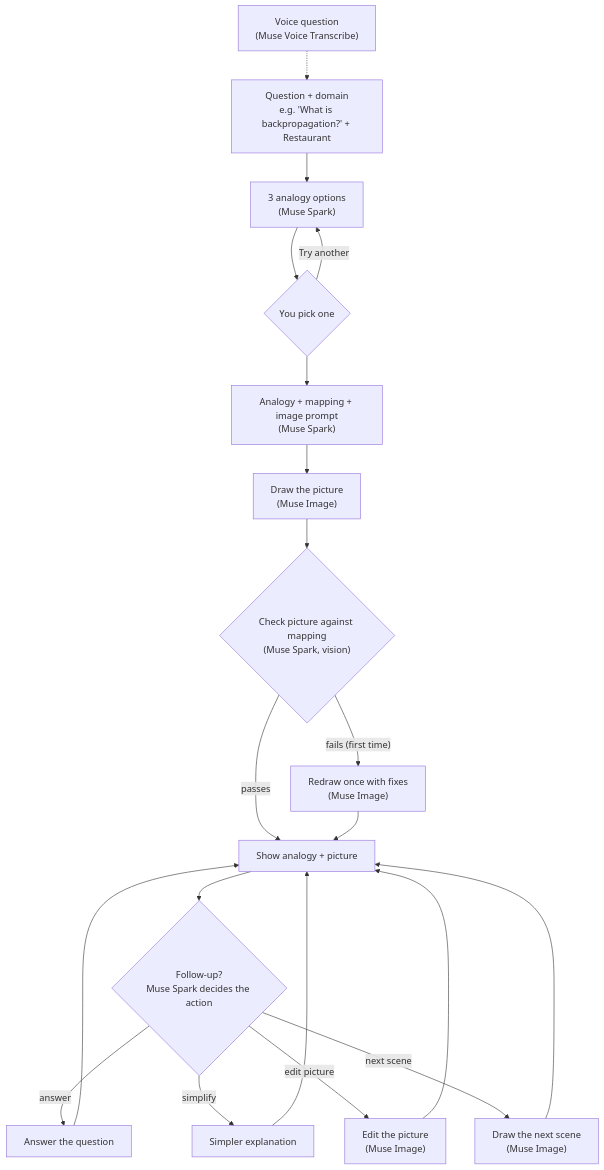
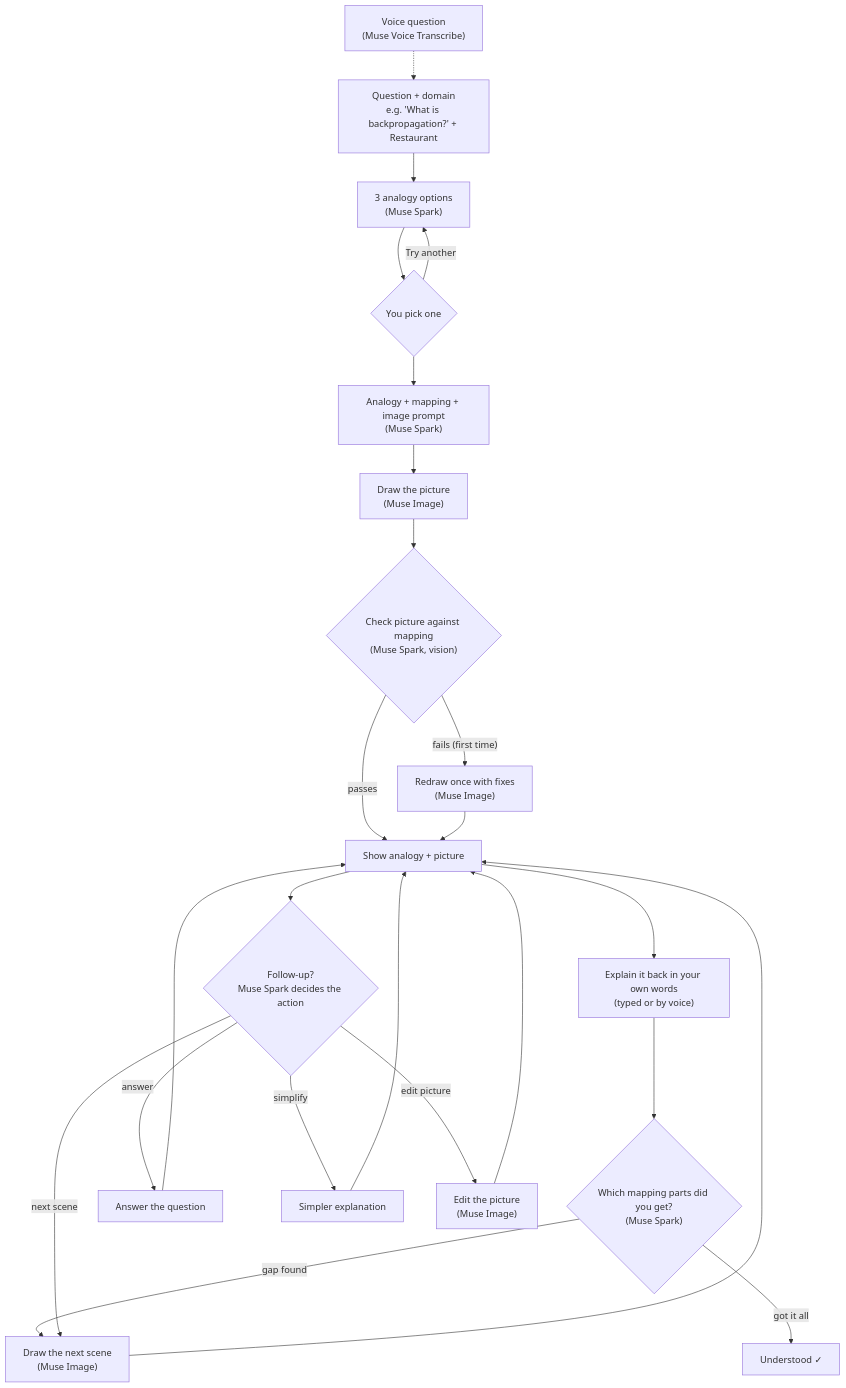
Before and after one commit to Rasika-Deodhar/sketchbridge: the diagram in README.md, drawn with Mermaid. The commit also changed other lines of this file and 5 other files, not shown here.

First line of the commit message:
Add explain-it-back check: learner explains the idea, Muse Spark grades each mapping part

````diff
--- a/README.md
+++ b/README.md
@@ -13,19 +13,23 @@
 ```mermaid
 flowchart TD
     A["Question + domain<br/>e.g. 'What is backpropagation?' + Restaurant"] --> B["3 analogy options<br/>(Muse Spark)"]
     B --> C{"You pick one"}
     C -- "Try another" --> B
     C --> D["Analogy + mapping + image prompt<br/>(Muse Spark)"]
     D --> E["Draw the picture<br/>(Muse Image)"]
     E --> F{"Check picture against mapping<br/>(Muse Spark, vision)"}
     F -- passes --> G["Show analogy + picture"]
     F -- "fails (first time)" --> H["Redraw once with fixes<br/>(Muse Image)"]
     H --> G
+    G --> T["Explain it back in your own words<br/>(typed or by voice)"]
+    T --> U{"Which mapping parts did you get?<br/>(Muse Spark)"}
+    U -- "gap found" --> M
+    U -- "got it all" --> Z["Understood ✓"]
     G --> I{"Follow-up?<br/>Muse Spark decides the action"}
     I -- answer --> J["Answer the question"]
     I -- simplify --> K["Simpler explanation"]
     I -- "edit picture" --> L["Edit the picture<br/>(Muse Image)"]
     I -- "next scene" --> M["Draw the next scene<br/>(Muse Image)"]
     J & K & L & M --> G
     V["Voice question<br/>(Muse Voice Transcribe)"] -.-> A
 ```
````
